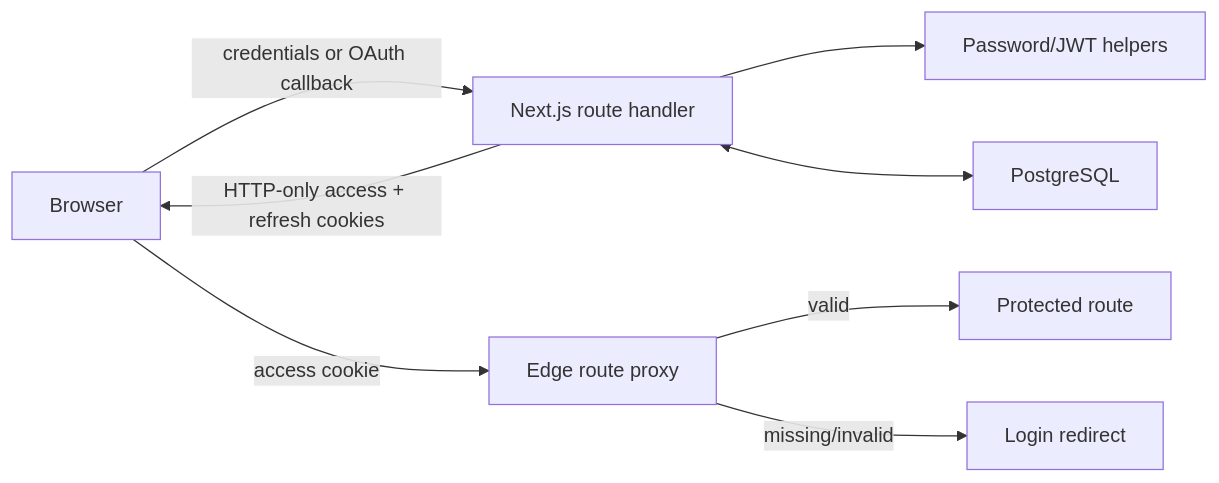
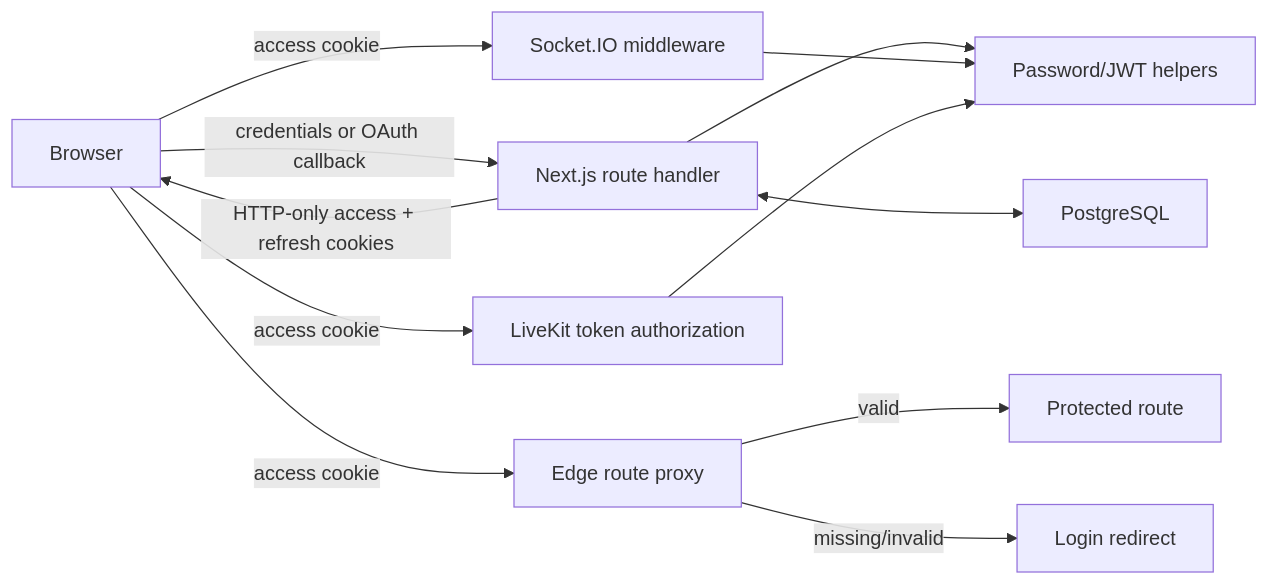
The second of 2 diagrams in docs/DATA_AUTH_API.md (Haamid-syed/social-square-public), drawn with Mermaid before and after one commit. The commit also changed other lines of this file and 11 other files, not shown here.

````diff
--- a/docs/DATA_AUTH_API.md
+++ b/docs/DATA_AUTH_API.md
@@ -71,16 +71,22 @@
 ```mermaid
 flowchart LR
     Browser["Browser"]
     Handler["Next.js route handler"]
     Auth["Password/JWT helpers"]
     DB["PostgreSQL"]
     Proxy["Edge route proxy"]
+    Socket["Socket.IO middleware"]
+    Media["LiveKit token authorization"]
 
     Browser -->|credentials or OAuth callback| Handler
     Handler --> Auth
     Handler <--> DB
     Handler -->|HTTP-only access + refresh cookies| Browser
     Browser -->|access cookie| Proxy
     Proxy -->|valid| Protected["Protected route"]
     Proxy -->|missing/invalid| Login["Login redirect"]
+    Browser -->|access cookie| Socket
+    Browser -->|access cookie| Media
+    Socket --> Auth
+    Media --> Auth
 ```
````
